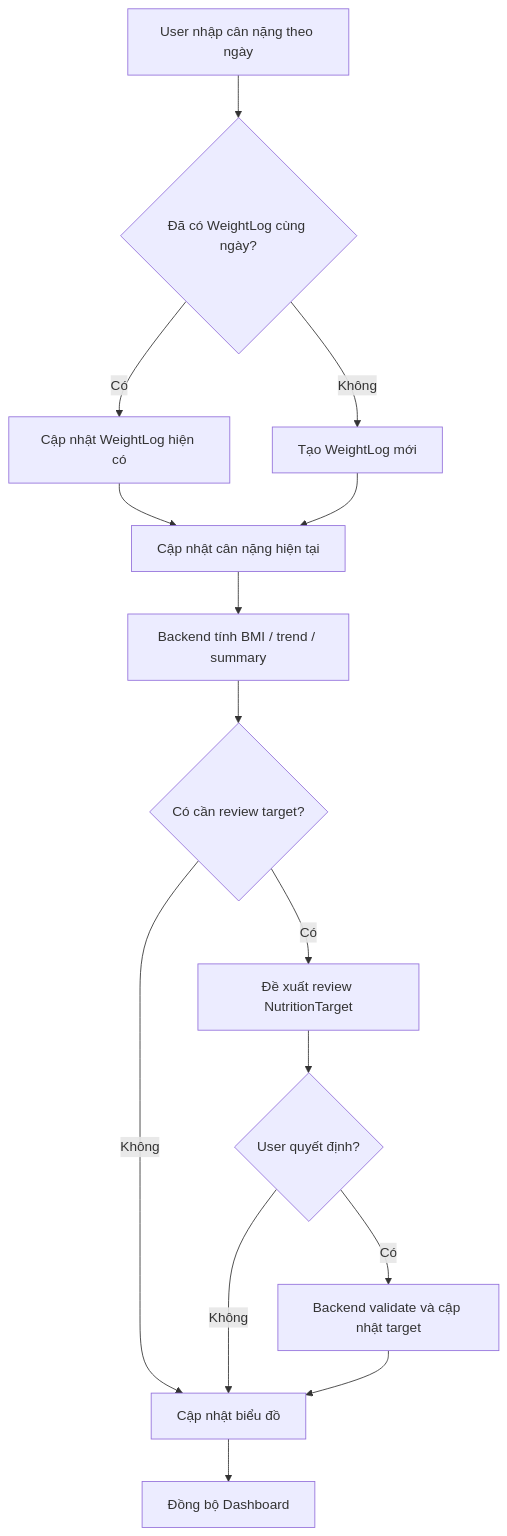
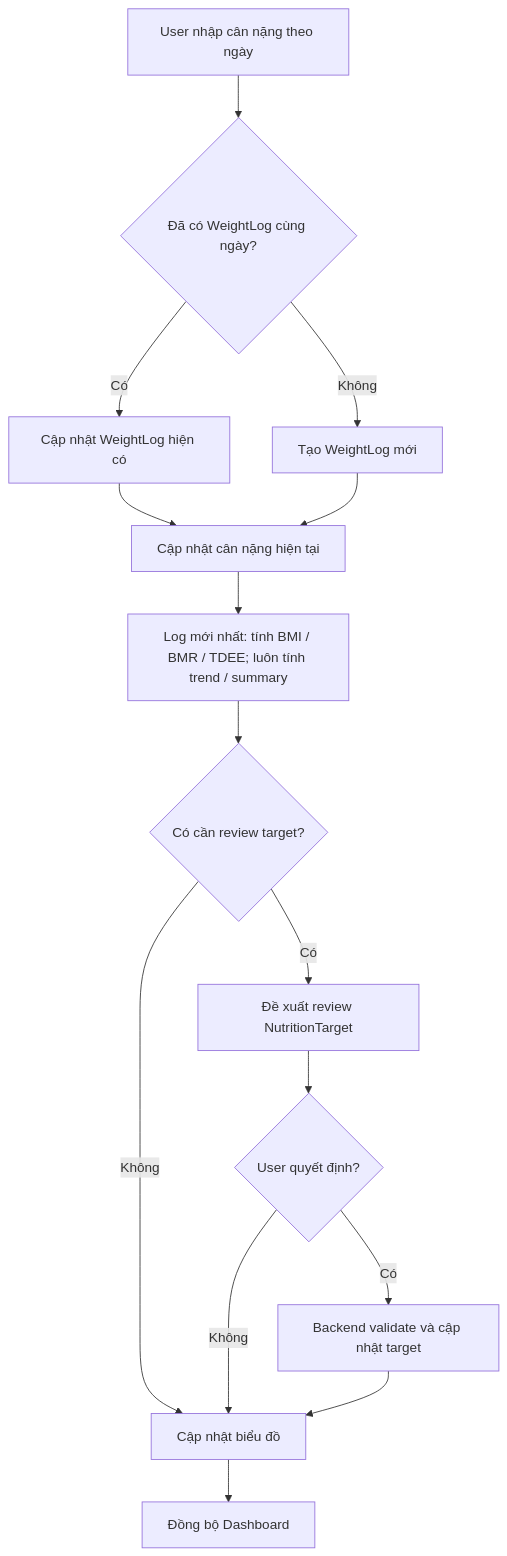
The ninth of 21 diagrams in docs/spec/bussiness_mainflow.md (tgiahuy/VieGym), drawn with Mermaid before and after one commit. The commit also changed other lines of this file and 25 other files, not shown here.

````diff
--- a/docs/spec/bussiness_mainflow.md
+++ b/docs/spec/bussiness_mainflow.md
@@ -743,18 +748,18 @@
 ```mermaid
 flowchart TD
     Input[User nhập cân nặng theo ngày] --> Check{Đã có WeightLog cùng ngày?}
     Check -- Có --> Update[Cập nhật WeightLog hiện có]
     Check -- Không --> Create[Tạo WeightLog mới]
 
     Update --> Current[Cập nhật cân nặng hiện tại]
     Create --> Current
-    Current --> Calculate[Backend tính BMI / trend / summary]
+    Current --> Calculate[Log mới nhất: tính BMI / BMR / TDEE; luôn tính trend / summary]
     Calculate --> Review{Có cần review target?}
     Review -- Có --> Suggest[Đề xuất review NutritionTarget]
     Review -- Không --> Chart[Cập nhật biểu đồ]
     Suggest --> UserDecision{User quyết định?}
     UserDecision -- Không --> Chart
     UserDecision -- Có --> UpdateTarget[Backend validate và cập nhật target]
     UpdateTarget --> Chart
     Chart --> Dashboard[Đồng bộ Dashboard]
 ```
````
